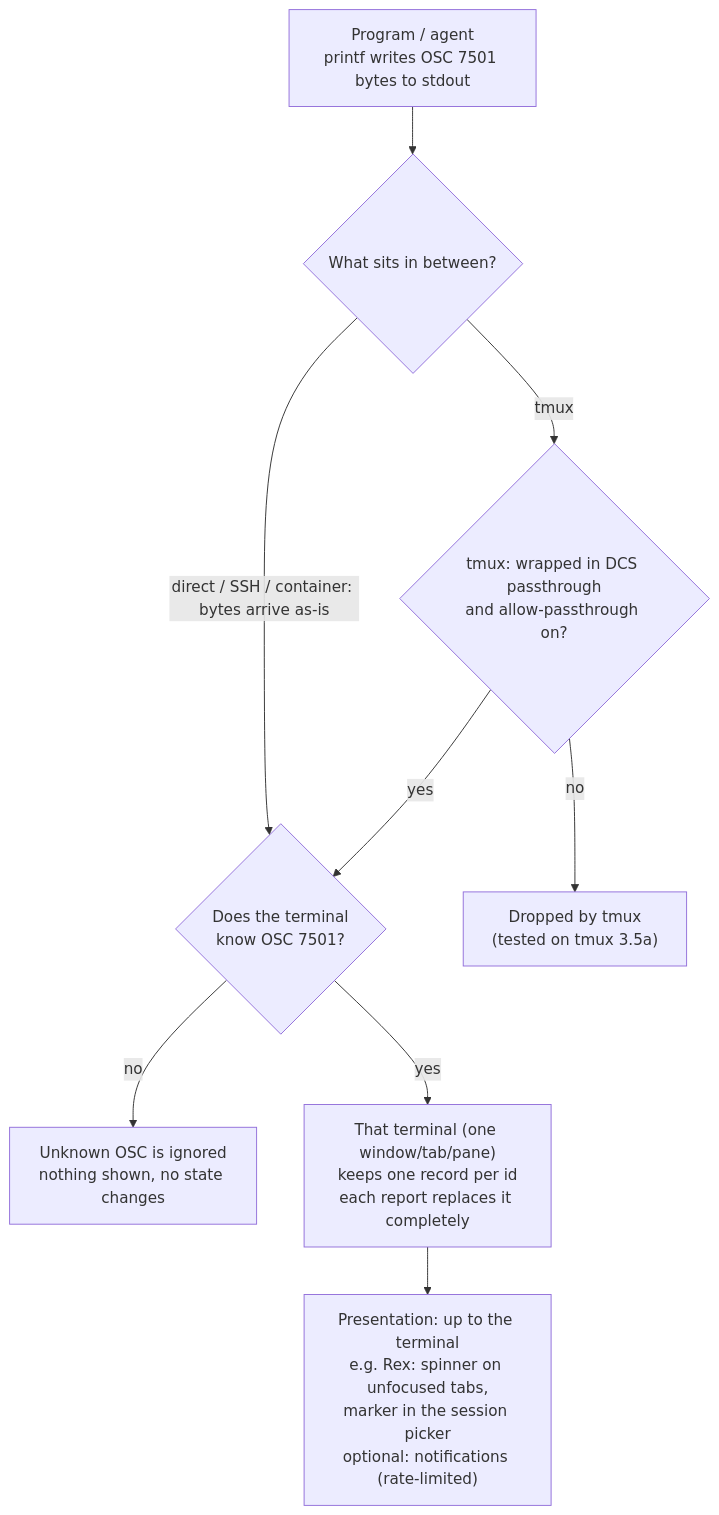
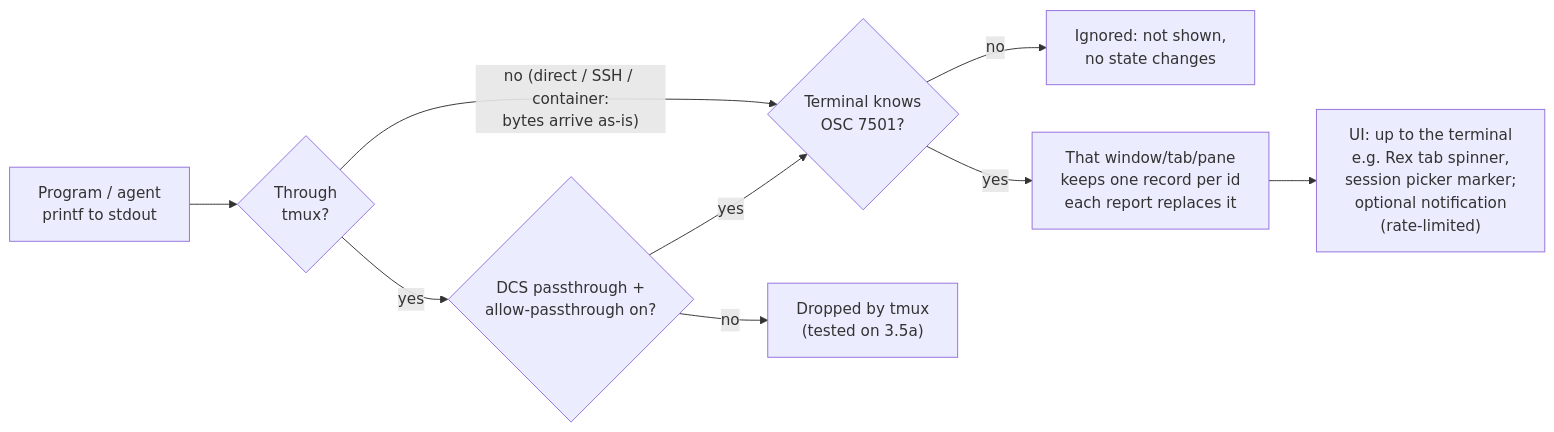
One commit to hyeebeen/awesome-osc7501 changed the first of 3 diagrams in README.en.md. Above: the diagram before and after it, drawn with Mermaid. The commit also changed other lines of this file and 2 other files, not shown here.

Commit message:
docs: wider flow chart, taller state chart, fix SVG alt text

````diff
--- a/README.en.md
+++ b/README.en.md
@@ -68,18 +68,18 @@
 ```mermaid
-flowchart TB
-  P["Program / agent<br/>printf writes OSC 7501 bytes to stdout"]
-  MID{"What sits in between?"}
-  TM{"tmux: wrapped in DCS passthrough<br/>and allow-passthrough on?"}
-  DROP["Dropped by tmux<br/>(tested on tmux 3.5a)"]
-  R{"Does the terminal<br/>know OSC 7501?"}
-  I["Unknown OSC is ignored<br/>nothing shown, no state changes"]
-  S["That terminal (one window/tab/pane)<br/>keeps one record per id<br/>each report replaces it completely"]
-  U["Presentation: up to the terminal<br/>e.g. Rex: spinner on unfocused tabs,<br/>marker in the session picker<br/>optional: notifications (rate-limited)"]
+flowchart LR
+  P["Program / agent<br/>printf to stdout"]
+  MID{"Through<br/>tmux?"}
+  TM{"DCS passthrough +<br/>allow-passthrough on?"}
+  DROP["Dropped by tmux<br/>(tested on 3.5a)"]
+  R{"Terminal knows<br/>OSC 7501?"}
+  I["Ignored: not shown,<br/>no state changes"]
+  S["That window/tab/pane<br/>keeps one record per id<br/>each report replaces it"]
+  U["UI: up to the terminal<br/>e.g. Rex tab spinner,<br/>session picker marker;<br/>optional notification<br/>(rate-limited)"]
   P --> MID
-  MID -- "direct / SSH / container: bytes arrive as-is" --> R
-  MID -- tmux --> TM
+  MID -- "no (direct / SSH / container:<br/>bytes arrive as-is)" --> R
+  MID -- yes --> TM
   TM -- yes --> R
   TM -- no --> DROP
   R -- no --> I
   R -- yes --> S --> U
 ```
````
